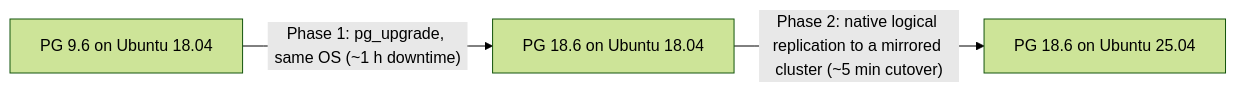
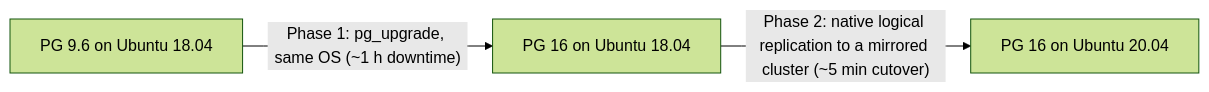
Before and after one commit to piyushkp/interview26: the second of 3 diagrams in Behavioral/Tech_project_deep_dive/Tech-retro-project.md, drawn with Mermaid (forest theme). The commit also changed other lines of this file and 9 other files, not shown here.

````diff
--- a/Behavioral/Tech_project_deep_dive/Tech-retro-project.md
+++ b/Behavioral/Tech_project_deep_dive/Tech-retro-project.md
@@ -261,5 +156,5 @@
 ```mermaid
 flowchart LR
-    A["PG 9.6 on Ubuntu 18.04"] -->|"Phase 1: pg_upgrade, same OS (~1 h downtime)"| B["PG 18.6 on Ubuntu 18.04"]
-    B -->|"Phase 2: native logical replication to a mirrored cluster (~5 min cutover)"| C["PG 18.6 on Ubuntu 25.04"]
+    A["PG 9.6 on Ubuntu 18.04"] -->|"Phase 1: pg_upgrade, same OS (~1 h downtime)"| B["PG 16 on Ubuntu 18.04"]
+    B -->|"Phase 2: native logical replication to a mirrored cluster (~5 min cutover)"| C["PG 16 on Ubuntu 20.04"]
 ```
````
